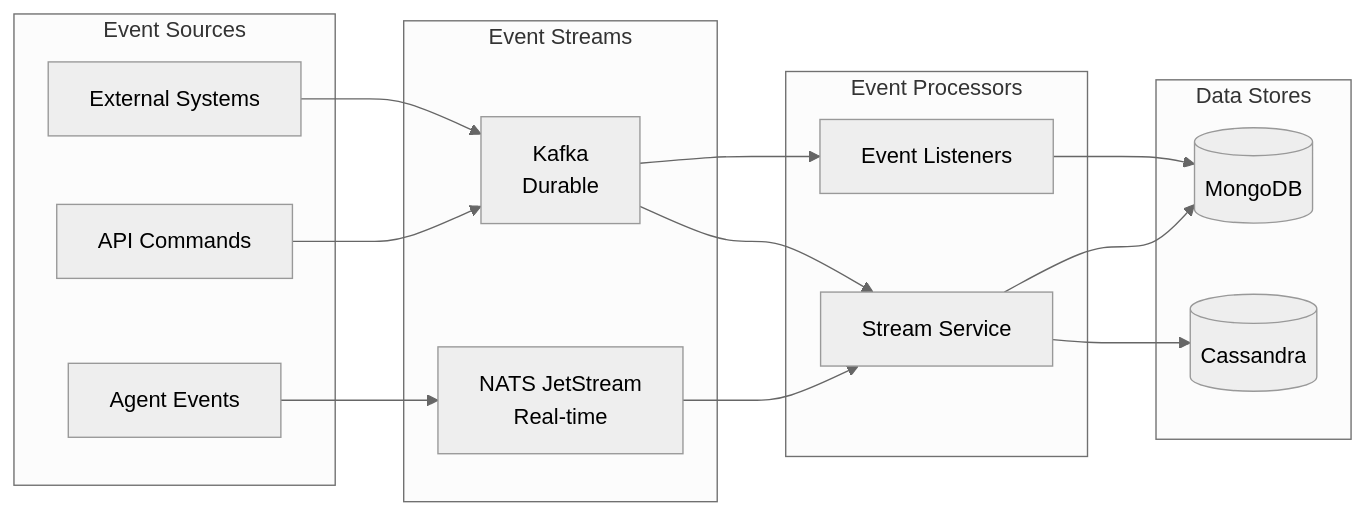
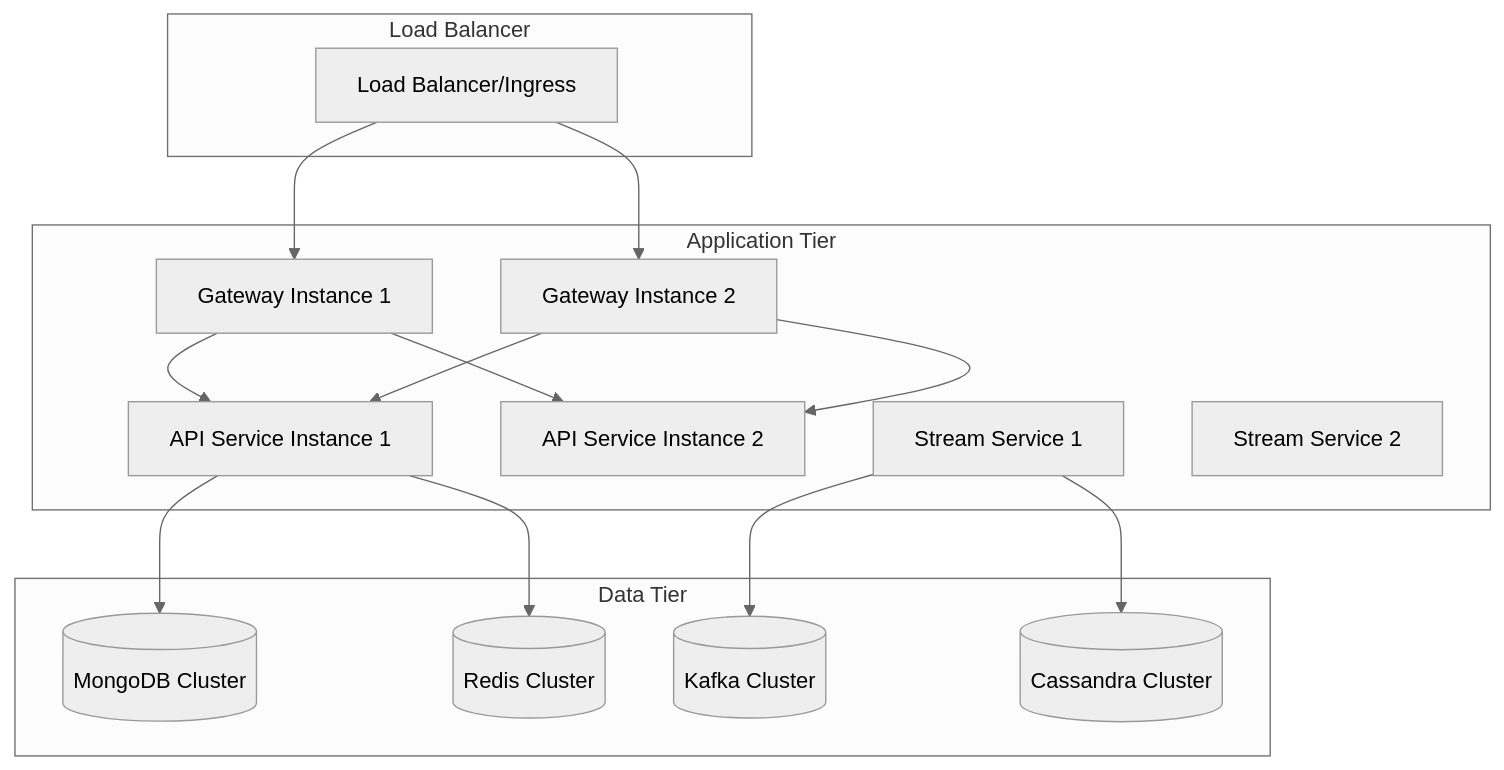
One commit to Praesto-Pro/openframe-oss-tenant changed the tenth of 11 diagrams in docs/development/architecture/README.md. Above: the diagram before and after it, drawn with Mermaid (neutral theme). The commit also changed other lines of this file and 214 other files, not shown here.

````diff
--- a/docs/development/architecture/README.md
+++ b/docs/development/architecture/README.md
@@ -181,35 +445,34 @@
 ```mermaid
-flowchart LR
-    subgraph "Event Sources"
-        Agent[Agent Events]
-        API[API Commands]
-        External[External Systems]
+graph TB
+    subgraph "Load Balancer"
+        LB[Load Balancer/Ingress]
     end
-
-    subgraph "Event Streams"
-        NATS[NATS JetStream<br/>Real-time]
-        Kafka[Kafka<br/>Durable]
+    
+    subgraph "Application Tier"
+        Gateway1[Gateway Instance 1]
+        Gateway2[Gateway Instance 2]
+        API1[API Service Instance 1]
+        API2[API Service Instance 2]
+        Stream1[Stream Service 1]
+        Stream2[Stream Service 2]
     end
-
-    subgraph "Event Processors"
-        Stream[Stream Service]
-        Listeners[Event Listeners]
+    
+    subgraph "Data Tier"
+        MongoDB[(MongoDB Cluster)]
+        Redis[(Redis Cluster)]
+        Kafka[(Kafka Cluster)]
+        Cassandra[(Cassandra Cluster)]
     end
-
-    subgraph "Data Stores"
-        MongoDB[(MongoDB)]
-        Cassandra[(Cassandra)]
-    end
-
-    Agent --> NATS
-    API --> Kafka
-    External --> Kafka
     
-    NATS --> Stream
-    Kafka --> Stream
-    Kafka --> Listeners
+    LB --> Gateway1
+    LB --> Gateway2
+    Gateway1 --> API1
+    Gateway1 --> API2
+    Gateway2 --> API1
+    Gateway2 --> API2
     
-    Stream --> MongoDB
-    Stream --> Cassandra
-    Listeners --> MongoDB
+    API1 --> MongoDB
+    API1 --> Redis
+    Stream1 --> Kafka
+    Stream1 --> Cassandra
 ```
````
